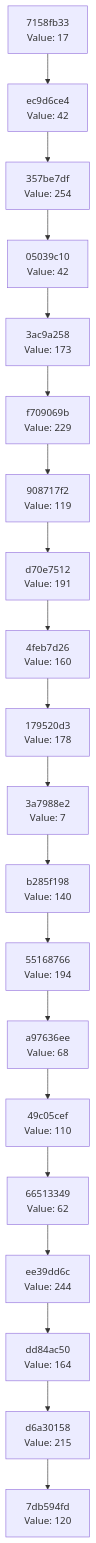
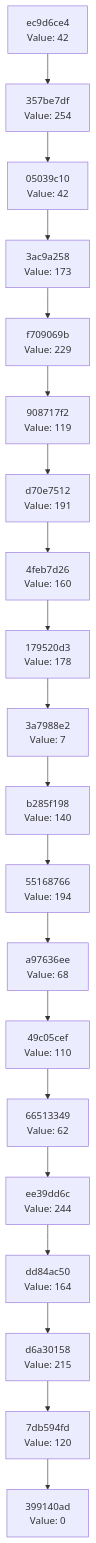
One commit to Abhisheksinha1506/hash-chain-evolver changed the diagram in docs/CHAIN_VISUALIZATION.md. Above: the diagram before and after it, drawn with Mermaid. The commit also changed 3 other files, not shown here.

````diff
--- a/docs/CHAIN_VISUALIZATION.md
+++ b/docs/CHAIN_VISUALIZATION.md
@@ -3,42 +3,42 @@
 ```mermaid
 graph TD
-    C0["7db594fd<br/>Value: 120"]
-    C1["d6a30158<br/>Value: 215"]
+    C0["399140ad<br/>Value: 0"]
+    C1["7db594fd<br/>Value: 120"]
     C1 --> C0
-    C2["dd84ac50<br/>Value: 164"]
+    C2["d6a30158<br/>Value: 215"]
     C2 --> C1
-    C3["ee39dd6c<br/>Value: 244"]
+    C3["dd84ac50<br/>Value: 164"]
     C3 --> C2
-    C4["66513349<br/>Value: 62"]
+    C4["ee39dd6c<br/>Value: 244"]
     C4 --> C3
-    C5["49c05cef<br/>Value: 110"]
+    C5["66513349<br/>Value: 62"]
     C5 --> C4
-    C6["a97636ee<br/>Value: 68"]
+    C6["49c05cef<br/>Value: 110"]
     C6 --> C5
-    C7["55168766<br/>Value: 194"]
+    C7["a97636ee<br/>Value: 68"]
     C7 --> C6
-    C8["b285f198<br/>Value: 140"]
+    C8["55168766<br/>Value: 194"]
     C8 --> C7
-    C9["3a7988e2<br/>Value: 7"]
+    C9["b285f198<br/>Value: 140"]
     C9 --> C8
-    C10["179520d3<br/>Value: 178"]
+    C10["3a7988e2<br/>Value: 7"]
     C10 --> C9
-    C11["4feb7d26<br/>Value: 160"]
+    C11["179520d3<br/>Value: 178"]
     C11 --> C10
-    C12["d70e7512<br/>Value: 191"]
+    C12["4feb7d26<br/>Value: 160"]
     C12 --> C11
-    C13["908717f2<br/>Value: 119"]
+    C13["d70e7512<br/>Value: 191"]
     C13 --> C12
-    C14["f709069b<br/>Value: 229"]
+    C14["908717f2<br/>Value: 119"]
     C14 --> C13
-    C15["3ac9a258<br/>Value: 173"]
+    C15["f709069b<br/>Value: 229"]
     C15 --> C14
-    C16["05039c10<br/>Value: 42"]
+    C16["3ac9a258<br/>Value: 173"]
     C16 --> C15
-    C17["357be7df<br/>Value: 254"]
+    C17["05039c10<br/>Value: 42"]
     C17 --> C16
-    C18["ec9d6ce4<br/>Value: 42"]
+    C18["357be7df<br/>Value: 254"]
     C18 --> C17
-    C19["7158fb33<br/>Value: 17"]
+    C19["ec9d6ce4<br/>Value: 42"]
     C19 --> C18
 ```
````
